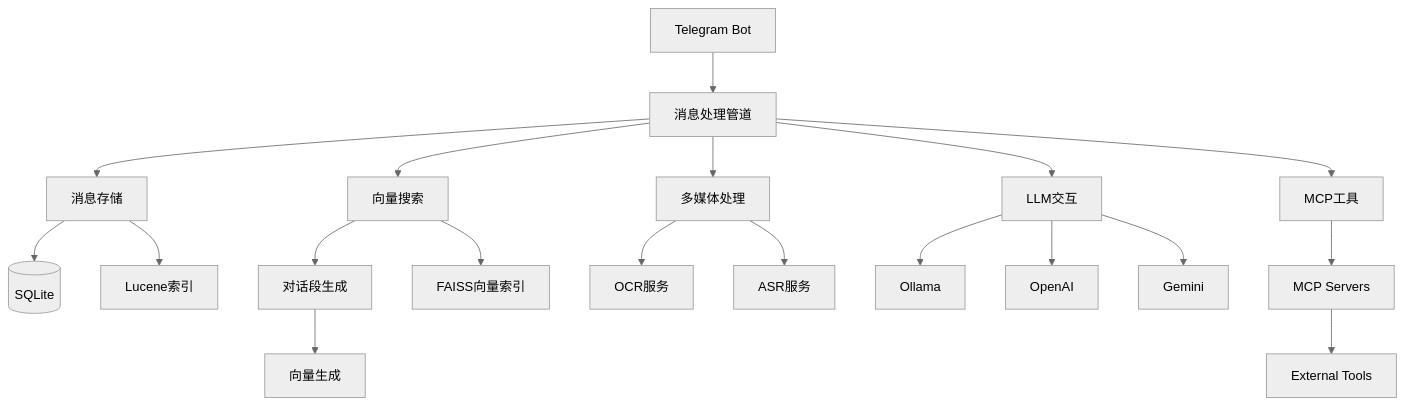
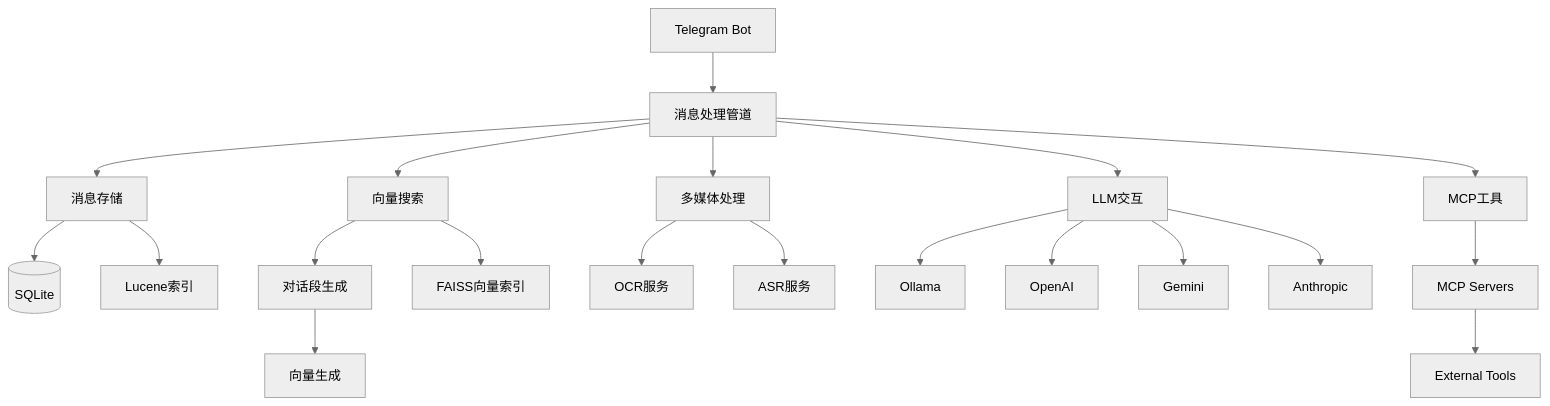
The diagram in README.md (ModerRAS/TelegramSearchBot), drawn with Mermaid (neutral theme) before and after one commit. The commit also changed other lines of this file and 9 other files, not shown here.

````diff
--- a/README.md
+++ b/README.md
@@ -124,21 +127,22 @@
 ```mermaid
 graph TD
     A[Telegram Bot] --> B[消息处理管道]
     B --> C[消息存储]
     B --> D[多媒体处理]
     B --> E[LLM交互]
     B --> F[向量搜索]
     B --> Q[MCP工具]
     C --> G[(SQLite)]
     C --> H[Lucene索引]
     F --> I[对话段生成]
     F --> J[FAISS向量索引]
     I --> K[向量生成]
     D --> L[OCR服务]
     D --> M[ASR服务]
     E --> N[Ollama]
     E --> O[OpenAI]
     E --> P[Gemini]
+    E --> PA[Anthropic]
     Q --> R[MCP Servers]
     R --> S[External Tools]
 ```
````
